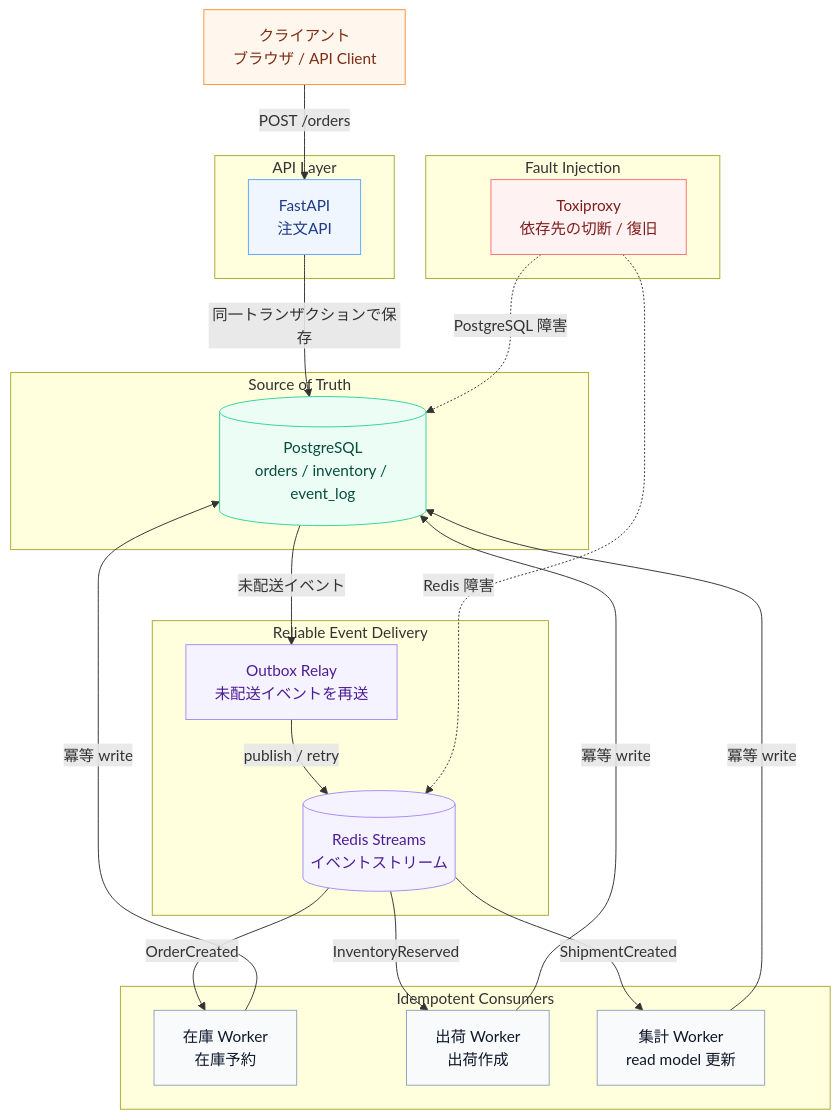
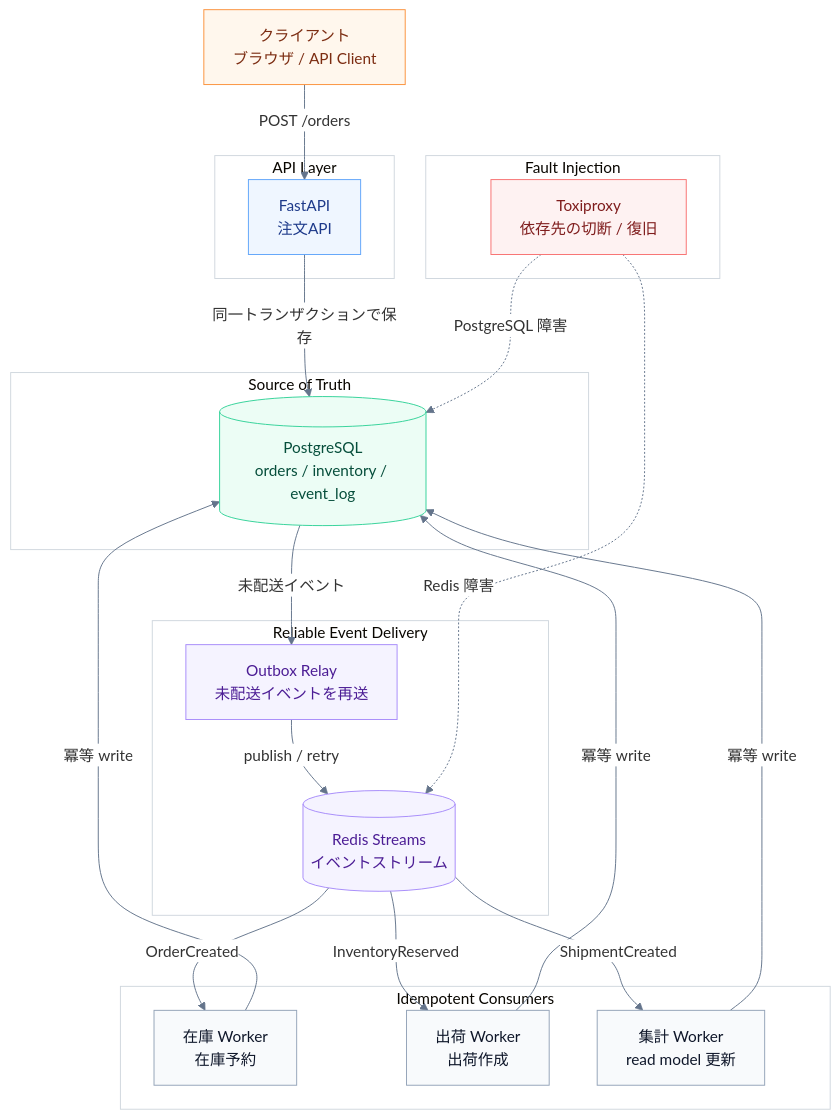
The diagram in README.md (murakami9916/event-driven-mini-ec), drawn with Mermaid before and after one commit.

Commit message:
テーマ変更

````diff
--- a/README.md
+++ b/README.md
@@ -10,54 +10,55 @@
 ```mermaid
+%%{init: {"theme": "base", "themeVariables": {"background": "#ffffff", "darkMode": false, "mainBkg": "#ffffff", "clusterBkg": "#ffffff", "clusterBorder": "#d0d7de", "lineColor": "#64748b", "textColor": "#0f172a", "edgeLabelBackground": "#ffffff"}}}%%
 flowchart TB
     Client["クライアント<br/>ブラウザ / API Client"]
 
     subgraph ApiLayer["API Layer"]
         API["FastAPI<br/>注文API"]
     end
 
     subgraph SourceOfTruth["Source of Truth"]
         PG[(PostgreSQL<br/>orders / inventory / event_log)]
     end
 
     subgraph EventDelivery["Reliable Event Delivery"]
         Relay["Outbox Relay<br/>未配送イベントを再送"]
         Redis[(Redis Streams<br/>イベントストリーム)]
     end
 
     subgraph Consumers["Idempotent Consumers"]
         Inventory["在庫 Worker<br/>在庫予約"]
         Shipping["出荷 Worker<br/>出荷作成"]
         Projection["集計 Worker<br/>read model 更新"]
     end
 
     subgraph FaultInjection["Fault Injection"]
         Toxi["Toxiproxy<br/>依存先の切断 / 復旧"]
     end
 
     Client -->|"POST /orders"| API
     API -->|"同一トランザクションで保存"| PG
     PG -->|"未配送イベント"| Relay
     Relay -->|"publish / retry"| Redis
     Redis -->|"OrderCreated"| Inventory
     Redis -->|"InventoryReserved"| Shipping
     Redis -->|"ShipmentCreated"| Projection
     Inventory -->|"冪等 write"| PG
     Shipping -->|"冪等 write"| PG
     Projection -->|"冪等 write"| PG
     Toxi -.->|"PostgreSQL 障害"| PG
     Toxi -.->|"Redis 障害"| Redis
 
     class Client actor
     class API api
     class PG store
     class Relay,Redis delivery
     class Inventory,Shipping,Projection worker
     class Toxi fault
 
     classDef actor fill:#fff7ed,stroke:#fb923c,stroke-width:1px,color:#7c2d12;
     classDef api fill:#eff6ff,stroke:#60a5fa,stroke-width:1px,color:#1e3a8a;
     classDef store fill:#ecfdf5,stroke:#34d399,stroke-width:1px,color:#064e3b;
     classDef delivery fill:#f5f3ff,stroke:#a78bfa,stroke-width:1px,color:#4c1d95;
     classDef worker fill:#f8fafc,stroke:#94a3b8,stroke-width:1px,color:#0f172a;
     classDef fault fill:#fef2f2,stroke:#f87171,stroke-width:1px,color:#7f1d1d;
 ```
````
